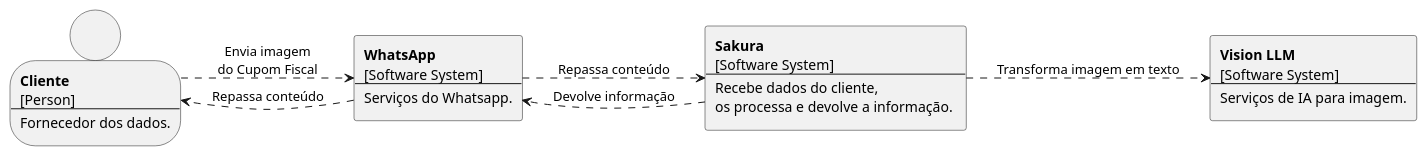
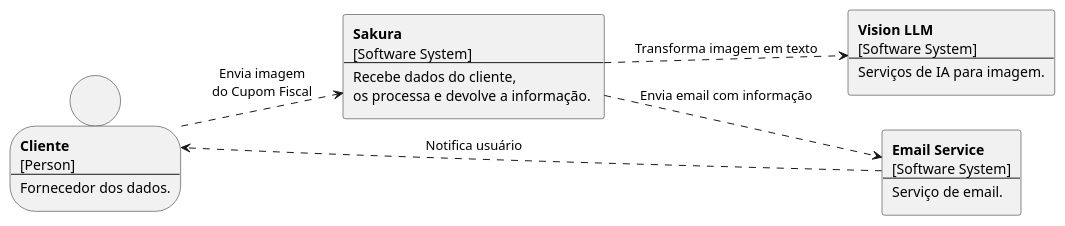
One commit to alvarengacarlos/Sakura changed the diagram in doc/c4-diagrams/1-system-context-diagram.plantuml. Above: the diagram before and after it, drawn with PlantUML. The commit also changed 2 other files, not shown here.

Commit message:
Updates C4 diagrams to the new architecture

```diff
--- a/doc/c4-diagrams/1-system-context-diagram.plantuml
+++ b/doc/c4-diagrams/1-system-context-diagram.plantuml
@@ -1,38 +1,37 @@
 @startuml
 left to right direction
 
 person C [
 <b>Cliente</b>
 [Person]
 ---
 Fornecedor dos dados.
 ]
 
-rectangle W [
-<b>WhatsApp</b>
+rectangle E [
+<b>Email Service</b>
 [Software System]
 ---
-Serviços do Whatsapp.
+Serviço de email.
 ]
 
 rectangle S [
 <b>Sakura</b>
 [Software System]
 ---
 Recebe dados do cliente, 
 os processa e devolve a informação. 
 ]
 
 rectangle VIA [
 <b>Vision LLM</b>
 [Software System]
 ---
 Serviços de IA para imagem.
 ]
 
-C ..> W : Envia imagem\ndo Cupom Fiscal
-W ..> S : Repassa conteúdo
+C ..> S : Envia imagem\ndo Cupom Fiscal
 S ..> VIA : Transforma imagem em texto
-S ..> W : Devolve informação
-W ..> C : Repassa conteúdo
+S ..> E : Envia email com informação
+E ..> C : Notifica usuário
 @enduml
```
